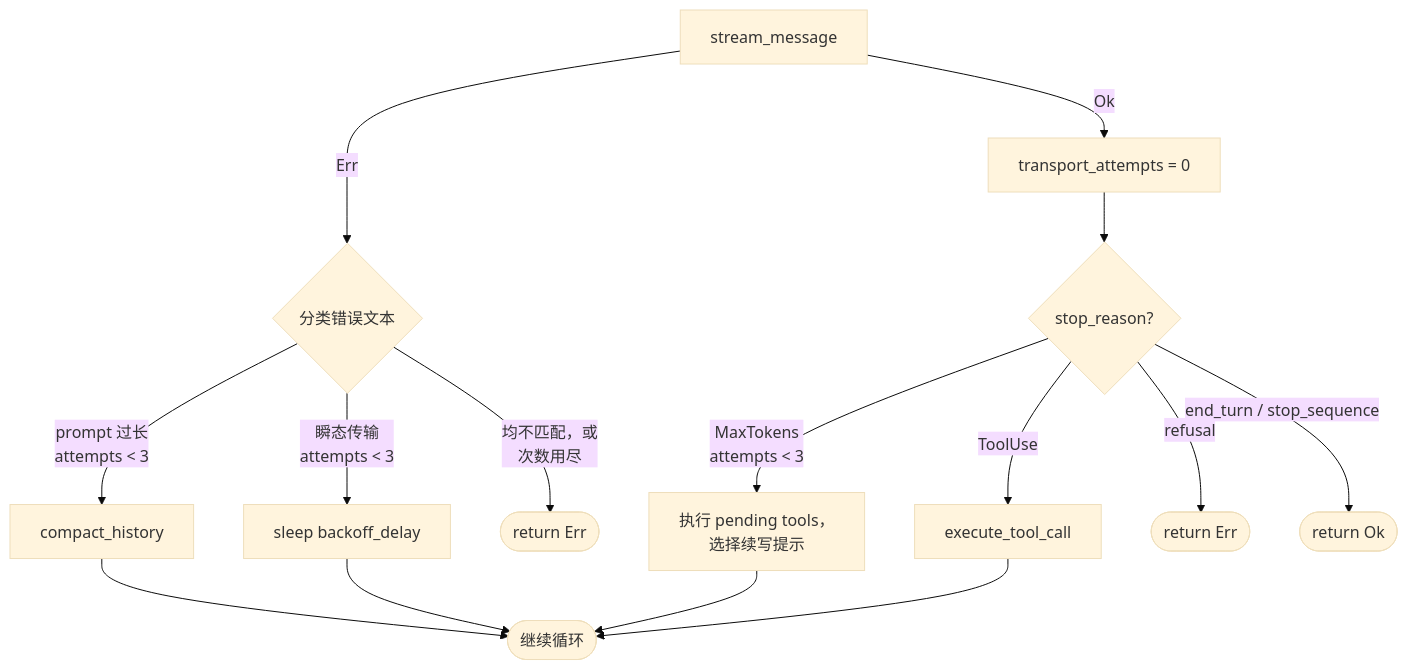
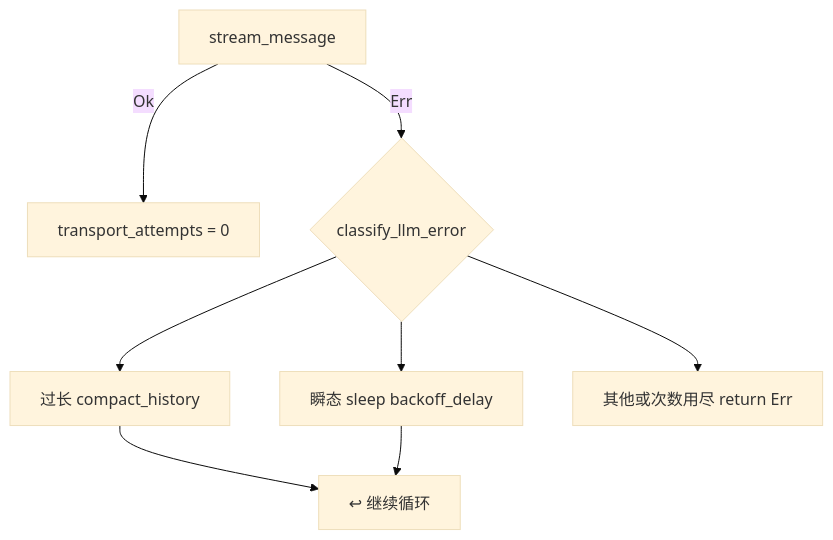
One commit to rust-infra/tact changed the first of 2 diagrams in book/06_chapter_recovery_zh.md. Above: the diagram before and after it, drawn with Mermaid (base theme). The commit also changed other lines of this file and 303 other files, not shown here.

````diff
--- a/book/06_chapter_recovery_zh.md
+++ b/book/06_chapter_recovery_zh.md
@@ -100,21 +110,10 @@
 ```mermaid
-flowchart TB
-    Send[stream_message] -->|Ok| Reset[transport_attempts = 0]
-    Send -->|Err| Classify{分类错误文本}
-
-    Classify -->|prompt 过长<br/>attempts < 3| Compact[compact_history]
-    Compact --> Retry([继续循环])
-
-    Classify -->|瞬态传输<br/>attempts < 3| Sleep[sleep backoff_delay]
-    Sleep --> Retry
-
-    Classify -->|均不匹配，或<br/>次数用尽| Fail([return Err])
-
-    Reset --> Stop{stop_reason?}
-    Stop -->|MaxTokens<br/>attempts < 3| Cont[执行 pending tools，<br/>选择续写提示]
-    Cont --> Retry
-    Stop -->|ToolUse| Tools[execute_tool_call]
-    Tools --> Retry
-    Stop -->|refusal| Refuse([return Err])
-    Stop -->|end_turn / stop_sequence| Done([return Ok])
+graph TD
+    a_send[stream_message] -->|Ok| b_reset[transport_attempts = 0]
+    a_send -->|Err| c_classify{classify_llm_error}
+    c_classify --> d_compact[过长 compact_history]
+    c_classify --> e_sleep[瞬态 sleep backoff_delay]
+    c_classify --> f_fail[其他或次数用尽 return Err]
+    d_compact --> z_retry[↩ 继续循环]
+    e_sleep --> z_retry
 ```
````
